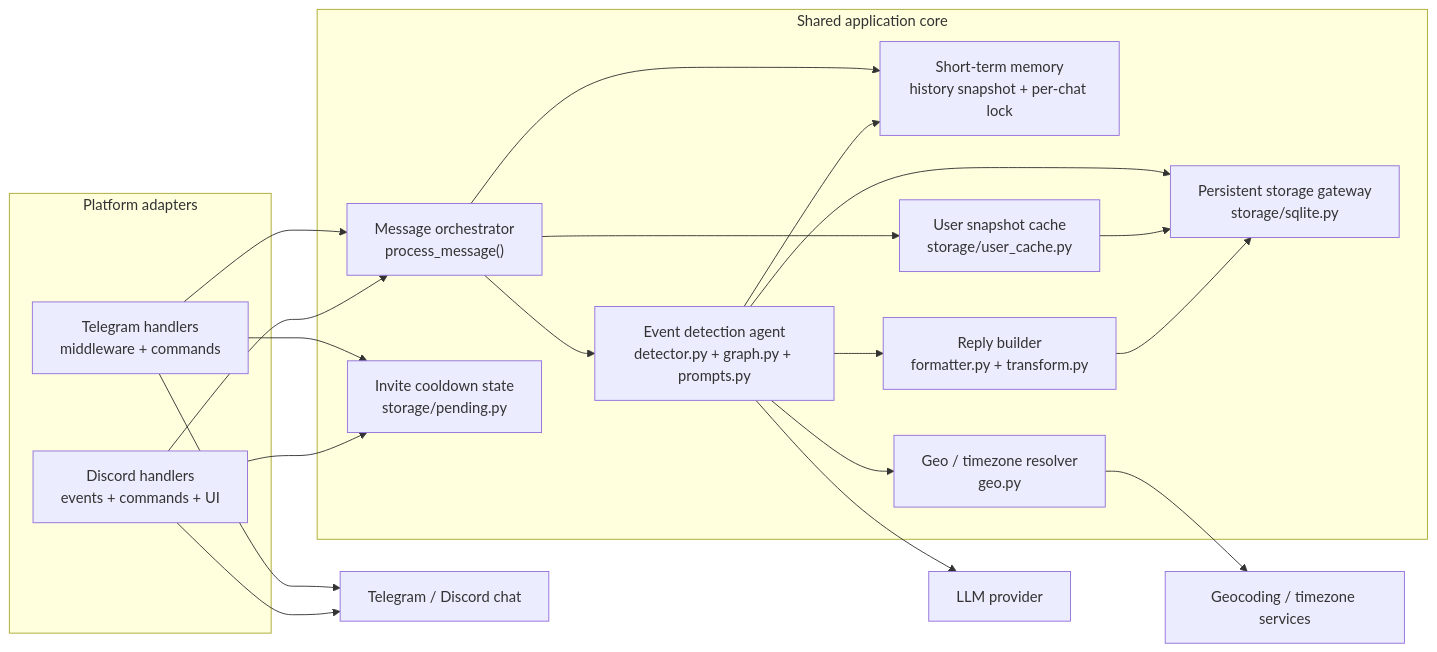
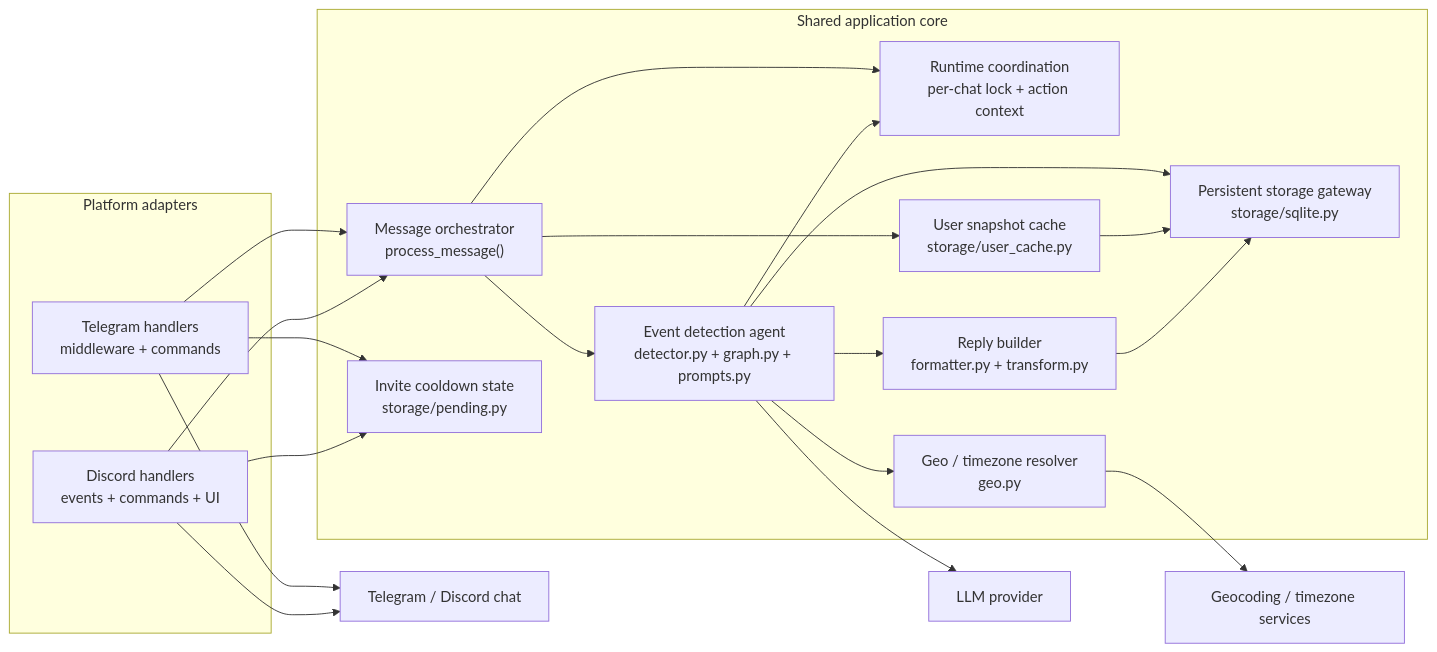
One commit to antlbn/Timezone_bot changed the third of 4 diagrams in journal/00_system_context.md. Above: the diagram before and after it, drawn with Mermaid. The commit also changed other lines of this file and 8 other files, not shown here.

Commit message:
feat: Implement shared LangGraph runtime and cached LLM client with process-local action context for side-effect handling.

````diff
--- a/journal/00_system_context.md
+++ b/journal/00_system_context.md
@@ -112,45 +112,45 @@
 ```mermaid
 flowchart LR
     subgraph Adapters["Platform adapters"]
         TGAdapter["Telegram handlers<br/>middleware + commands"]
         DCAdapter["Discord handlers<br/>events + commands + UI"]
     end
 
     subgraph Core["Shared application core"]
         Orchestrator["Message orchestrator<br/>process_message()"]
-        History["Short-term memory<br/>history snapshot + per-chat lock"]
+        History["Runtime coordination<br/>per-chat lock + action context"]
         Agent["Event detection agent<br/>detector.py + graph.py + prompts.py"]
         Reply["Reply builder<br/>formatter.py + transform.py"]
         InviteState["Invite cooldown state<br/>storage/pending.py"]
         Cache["User snapshot cache<br/>storage/user_cache.py"]
         GeoResolver["Geo / timezone resolver<br/>geo.py"]
         Storage["Persistent storage gateway<br/>storage/sqlite.py"]
     end
 
     LLM["LLM provider"]
     ExtGeo["Geocoding / timezone services"]
     Chat["Telegram / Discord chat"]
 
     TGAdapter --> Orchestrator
     DCAdapter --> Orchestrator
 
     TGAdapter --> InviteState
     DCAdapter --> InviteState
 
     Orchestrator --> Cache
     Orchestrator --> History
     Orchestrator --> Agent
 
     Agent --> LLM
     Agent --> Reply
     Agent --> Storage
     Agent --> GeoResolver
     Agent --> History
 
     Cache --> Storage
     Reply --> Storage
     GeoResolver --> ExtGeo
 
     TGAdapter --> Chat
     DCAdapter --> Chat
 ```
````
